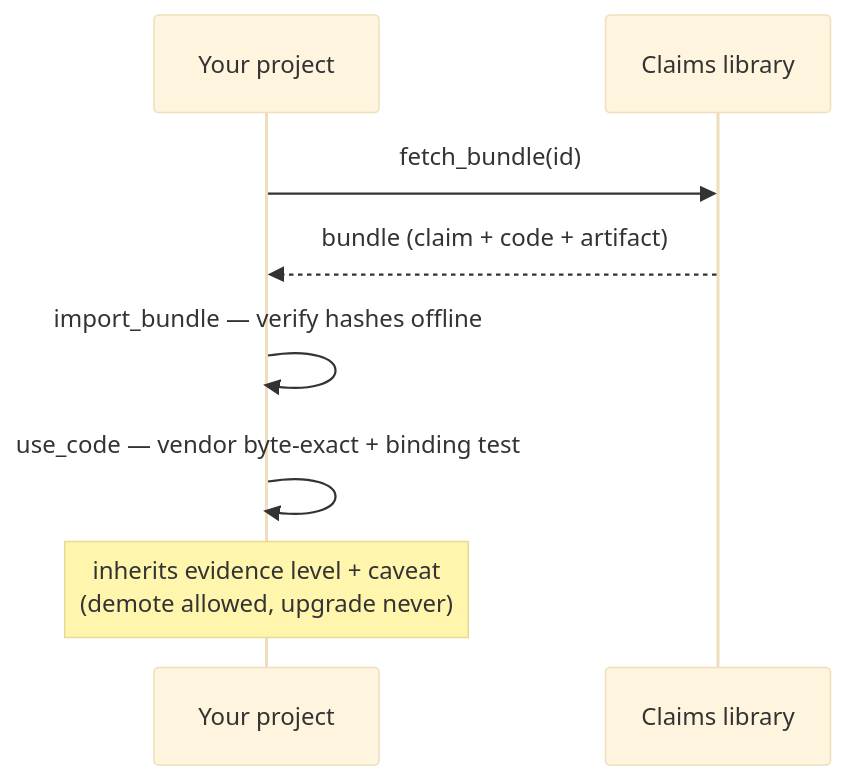
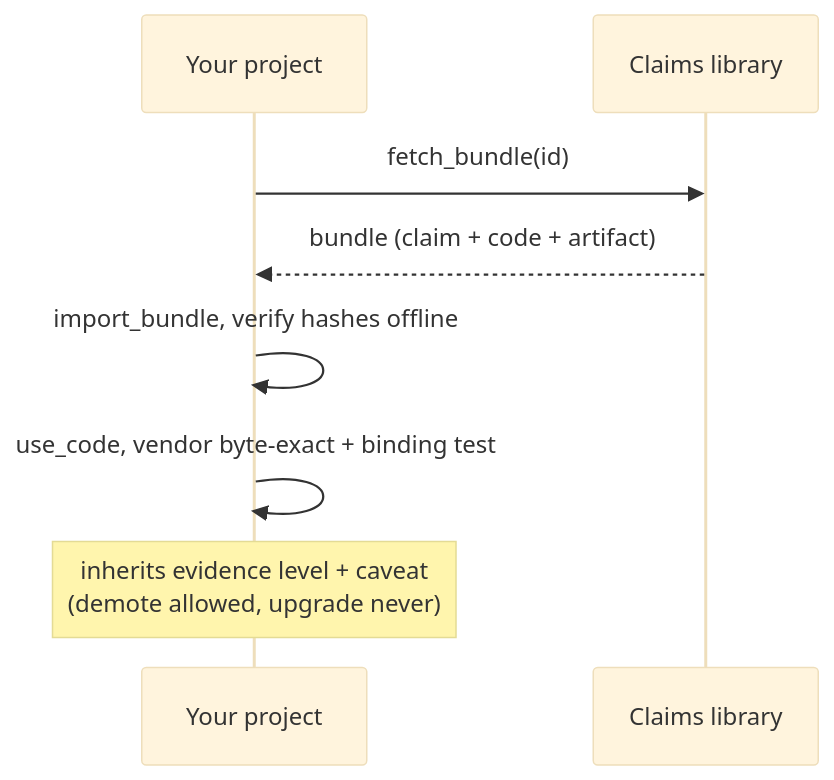
One commit to darklordVirtual/vericlaim changed diagram 14 of 20 in docs/governance/frontier-ai-governance-master.md. Above: the diagram before and after it, drawn with Mermaid (base theme). The commit also changed other lines of this file and 4 other files, not shown here.

````diff
--- a/docs/governance/frontier-ai-governance-master.md
+++ b/docs/governance/frontier-ai-governance-master.md
@@ -938,10 +938,10 @@
 ```mermaid
 sequenceDiagram
     participant P as Your project
     participant L as Claims library
     P->>L: fetch_bundle(id)
     L-->>P: bundle (claim + code + artifact)
-    P->>P: import_bundle — verify hashes offline
-    P->>P: use_code — vendor byte-exact + binding test
+    P->>P: import_bundle, verify hashes offline
+    P->>P: use_code, vendor byte-exact + binding test
     Note over P: inherits evidence level + caveat<br/>(demote allowed, upgrade never)
 ```
````
